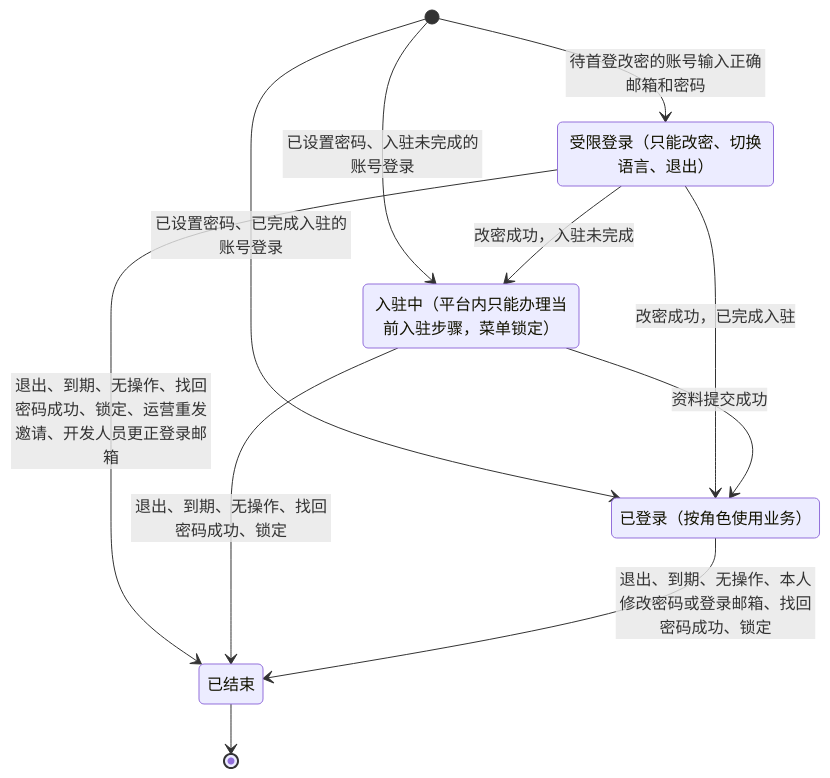
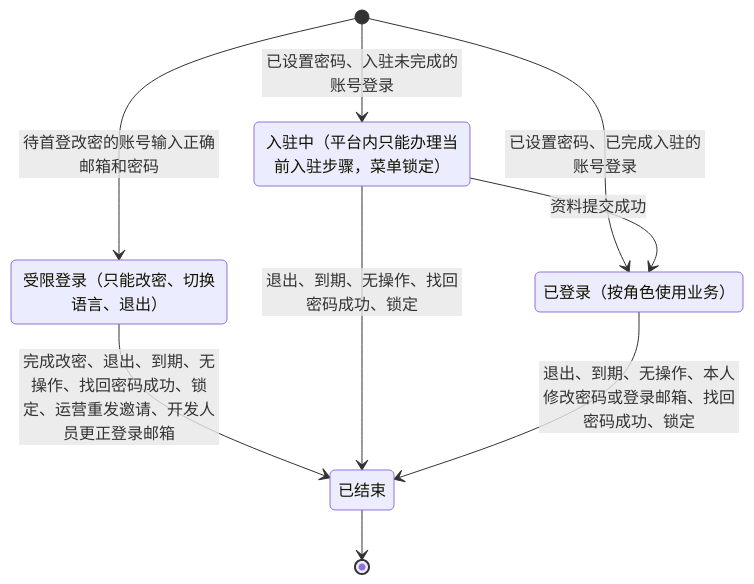
One commit to wxblockchain/Chain-Financing changed diagram 11 of 11 in asset-trust-platform/PRD/企业端/M1-企业登录与首次入驻/02-企业登录与首次入驻-流程图与状态机.md. Above: the diagram before and after it, drawn with Mermaid. The commit also changed other lines of this file and 4 other files, not shown here.

````diff
--- a/asset-trust-platform/PRD/企业端/M1-企业登录与首次入驻/02-企业登录与首次入驻-流程图与状态机.md
+++ b/asset-trust-platform/PRD/企业端/M1-企业登录与首次入驻/02-企业登录与首次入驻-流程图与状态机.md
@@ -279,17 +277,15 @@
 ```mermaid
 stateDiagram-v2
     state "受限登录（只能改密、切换语言、退出）" as R
     state "入驻中（平台内只能办理当前入驻步骤，菜单锁定）" as O
     state "已登录（按角色使用业务）" as L
     state "已结束" as E
     [*] --> R: 待首登改密的账号输入正确邮箱和密码
     [*] --> O: 已设置密码、入驻未完成的账号登录
     [*] --> L: 已设置密码、已完成入驻的账号登录
-    R --> O: 改密成功，入驻未完成
-    R --> L: 改密成功，已完成入驻
     O --> L: 资料提交成功
-    R --> E: 退出、到期、无操作、找回密码成功、锁定、运营重发邀请、开发人员更正登录邮箱
+    R --> E: 完成改密、退出、到期、无操作、找回密码成功、锁定、运营重发邀请、开发人员更正登录邮箱
     O --> E: 退出、到期、无操作、找回密码成功、锁定
     L --> E: 退出、到期、无操作、本人修改密码或登录邮箱、找回密码成功、锁定
     E --> [*]
 ```
````
